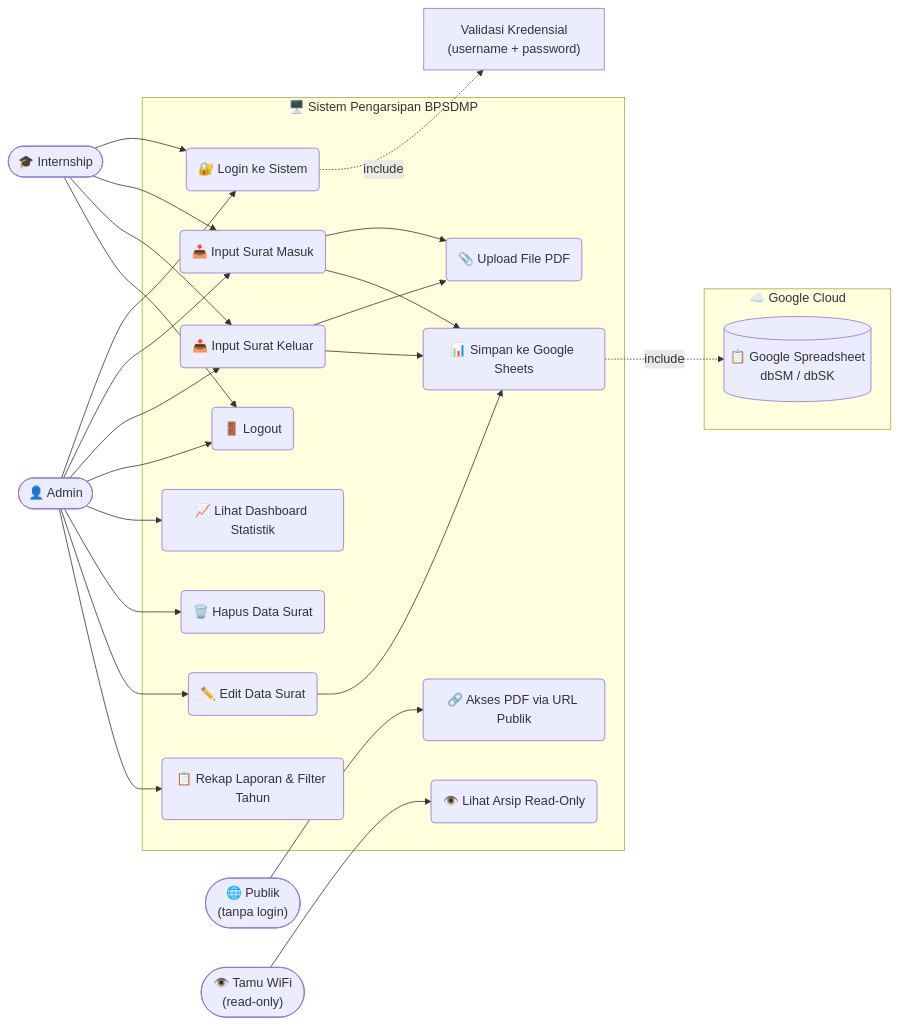
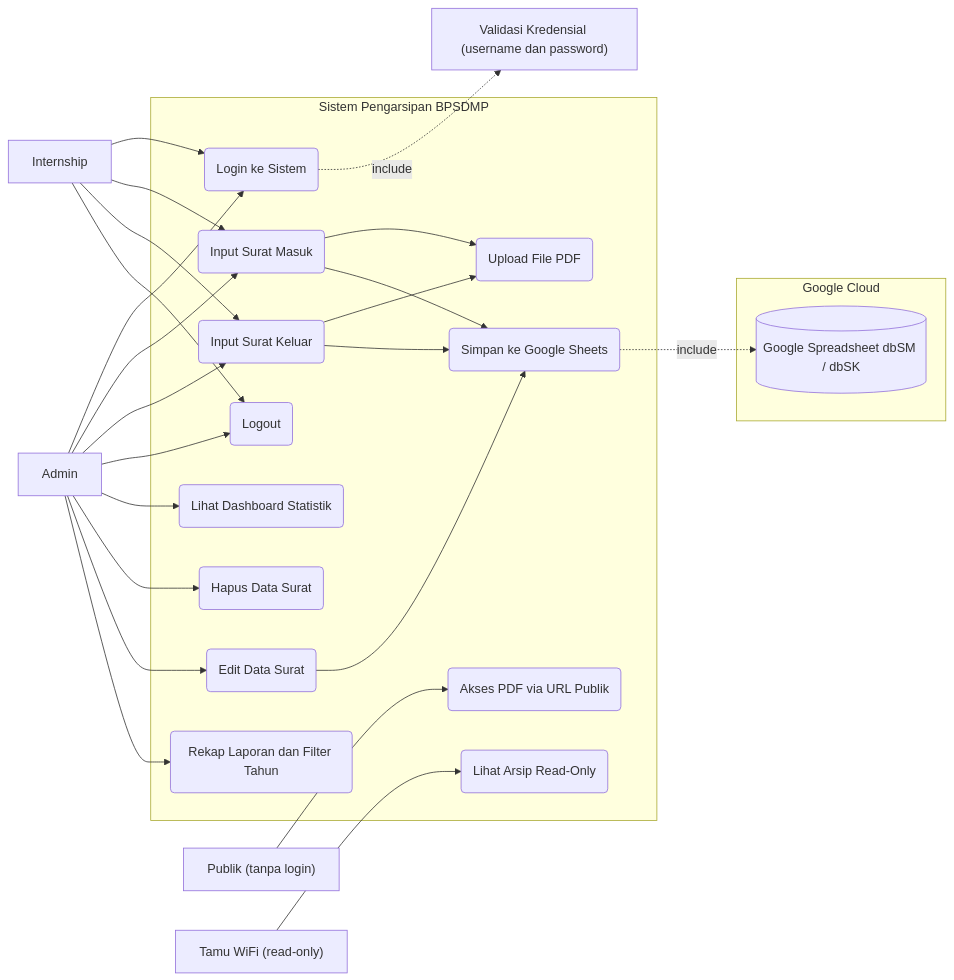
The first of 3 diagrams in README.md (Rpl087/PROJECT-MAGANG), drawn with Mermaid before and after one commit. The commit also changed other lines of this file, not shown here.

````diff
--- a/README.md
+++ b/README.md
@@ -62,50 +62,50 @@
 ```mermaid
 graph LR
-    Admin(["👤 Admin"])
-    Internship(["🎓 Internship"])
-    Public(["🌐 Publik<br/>(tanpa login)"])
-    Tamu(["👁️ Tamu WiFi<br/>(read-only)"])
+    Admin["Admin"]
+    Internship["Internship"]
+    Public["Publik (tanpa login)"]
+    Tamu["Tamu WiFi (read-only)"]
 
-    subgraph Sistem ["🖥️ Sistem Pengarsipan BPSDMP"]
-        UC1("🔐 Login ke Sistem")
-        UC2("📥 Input Surat Masuk")
-        UC3("📤 Input Surat Keluar")
-        UC4("📎 Upload File PDF")
-        UC5("📊 Simpan ke Google Sheets")
-        UC6("🚪 Logout")
-        UC7("📈 Lihat Dashboard Statistik")
-        UC8("🔗 Akses PDF via URL Publik")
-        UC9("🗑️ Hapus Data Surat")
-        UC10("👁️ Lihat Arsip Read-Only")
-        UC11("✏️ Edit Data Surat")
-        UC12("📋 Rekap Laporan & Filter Tahun")
+    subgraph Sistem["Sistem Pengarsipan BPSDMP"]
+        UC1("Login ke Sistem")
+        UC2("Input Surat Masuk")
+        UC3("Input Surat Keluar")
+        UC4("Upload File PDF")
+        UC5("Simpan ke Google Sheets")
+        UC6("Logout")
+        UC7("Lihat Dashboard Statistik")
+        UC8("Akses PDF via URL Publik")
+        UC9("Hapus Data Surat")
+        UC10("Lihat Arsip Read-Only")
+        UC11("Edit Data Surat")
+        UC12("Rekap Laporan dan Filter Tahun")
 
         UC2 --> UC4
         UC3 --> UC4
         UC2 --> UC5
         UC3 --> UC5
         UC11 --> UC5
     end
 
-    subgraph Google ["☁️ Google Cloud"]
-        GS[("📋 Google Spreadsheet<br/>dbSM / dbSK")]
+    subgraph Google["Google Cloud"]
+        GS[("Google Spreadsheet dbSM / dbSK")]
     end
 
     Admin --> UC1
     Admin --> UC2
     Admin --> UC3
     Admin --> UC6
     Admin --> UC7
     Admin --> UC9
     Admin --> UC11
     Admin --> UC12
     Internship --> UC1
     Internship --> UC2
     Internship --> UC3
     Internship --> UC6
     Public --> UC8
     Tamu --> UC10
 
-    UC1 -.->|"include"| VALID["Validasi Kredensial<br/>(username + password)"]
-    UC5 -.->|"include"| GS
+    UC1 -.->|include| VALID["Validasi Kredensial (username dan password)"]
+    UC5 -.->|include| GS
 ```
````
